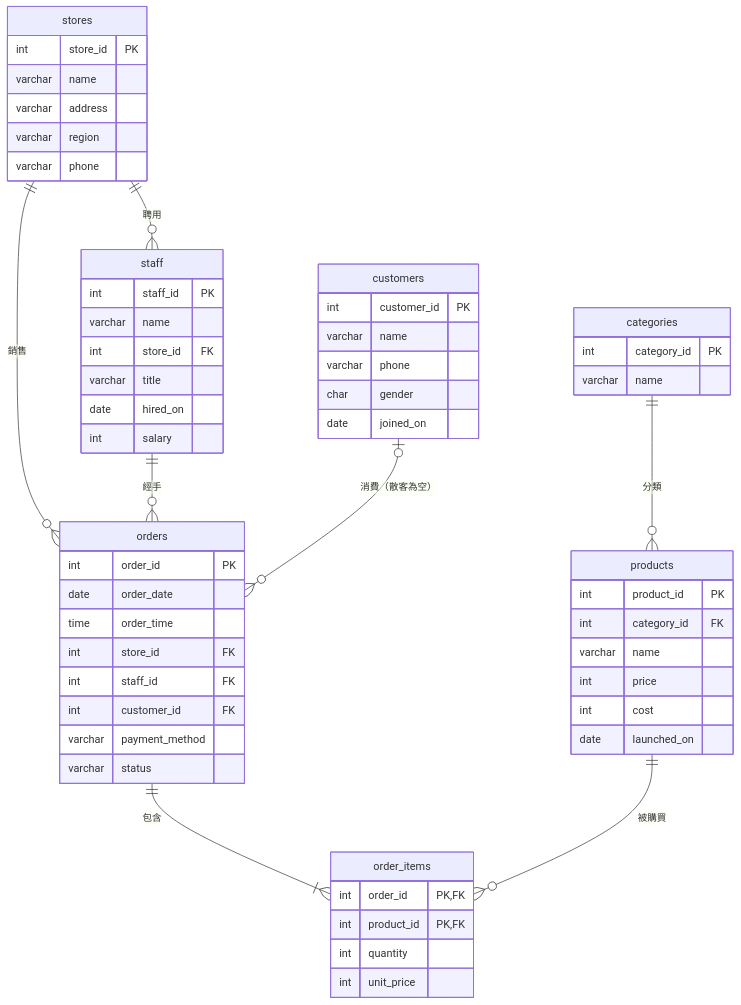
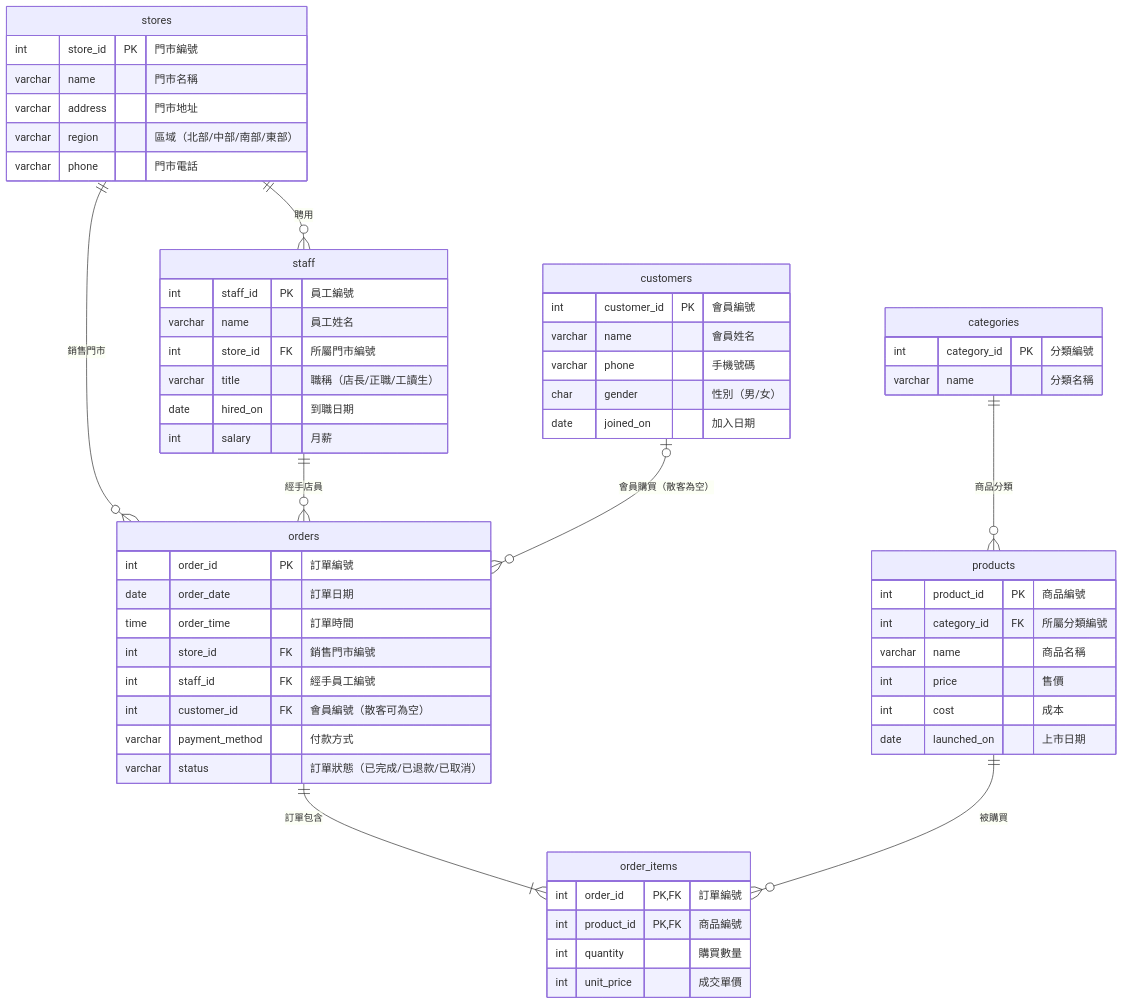
One commit to roberthsu2003/postgreSQL_MCP changed the first of 2 diagrams in SQL語法教學/7創建關聯資料庫.md. Above: the diagram before and after it, drawn with Mermaid. The commit also changed other lines of this file and 1 other file, not shown here.

````diff
--- a/SQL語法教學/7創建關聯資料庫.md
+++ b/SQL語法教學/7創建關聯資料庫.md
@@ -13,61 +17,61 @@
 ```mermaid
 erDiagram
     stores ||--o{ staff : "聘用"
-    stores ||--o{ orders : "銷售"
-    staff ||--o{ orders : "經手"
-    customers |o--o{ orders : "消費（散客為空）"
-    categories ||--o{ products : "分類"
-    orders ||--|{ order_items : "包含"
+    stores ||--o{ orders : "銷售門市"
+    staff ||--o{ orders : "經手店員"
+    customers |o--o{ orders : "會員購買（散客為空）"
+    categories ||--o{ products : "商品分類"
+    orders ||--|{ order_items : "訂單包含"
     products ||--o{ order_items : "被購買"
 
     stores {
-        int store_id PK
-        varchar name
-        varchar address
-        varchar region
-        varchar phone
+        int store_id PK "門市編號"
+        varchar name "門市名稱"
+        varchar address "門市地址"
+        varchar region "區域（北部/中部/南部/東部）"
+        varchar phone "門市電話"
     }
     staff {
-        int staff_id PK
-        varchar name
-        int store_id FK
-        varchar title
-        date hired_on
-        int salary
+        int staff_id PK "員工編號"
+        varchar name "員工姓名"
+        int store_id FK "所屬門市編號"
+        varchar title "職稱（店長/正職/工讀生）"
+        date hired_on "到職日期"
+        int salary "月薪"
     }
     categories {
-        int category_id PK
-        varchar name
+        int category_id PK "分類編號"
+        varchar name "分類名稱"
     }
     products {
-        int product_id PK
-        int category_id FK
-        varchar name
-        int price
-        int cost
-        date launched_on
+        int product_id PK "商品編號"
+        int category_id FK "所屬分類編號"
+        varchar name "商品名稱"
+        int price "售價"
+        int cost "成本"
+        date launched_on "上市日期"
     }
     customers {
-        int customer_id PK
-        varchar name
-        varchar phone
-        char gender
-        date joined_on
+        int customer_id PK "會員編號"
+        varchar name "會員姓名"
+        varchar phone "手機號碼"
+        char gender "性別（男/女）"
+        date joined_on "加入日期"
     }
     orders {
-        int order_id PK
-        date order_date
-        time order_time
-        int store_id FK
-        int staff_id FK
-        int customer_id FK
-        varchar payment_method
-        varchar status
+        int order_id PK "訂單編號"
+        date order_date "訂單日期"
+        time order_time "訂單時間"
+        int store_id FK "銷售門市編號"
+        int staff_id FK "經手員工編號"
+        int customer_id FK "會員編號（散客可為空）"
+        varchar payment_method "付款方式"
+        varchar status "訂單狀態（已完成/已退款/已取消）"
     }
     order_items {
-        int order_id PK,FK
-        int product_id PK,FK
-        int quantity
-        int unit_price
+        int order_id PK,FK "訂單編號"
+        int product_id PK,FK "商品編號"
+        int quantity "購買數量"
+        int unit_price "成交單價"
     }
 ```
````
